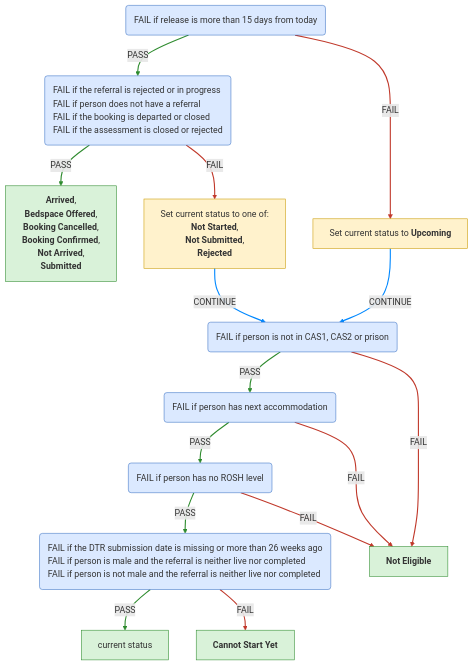
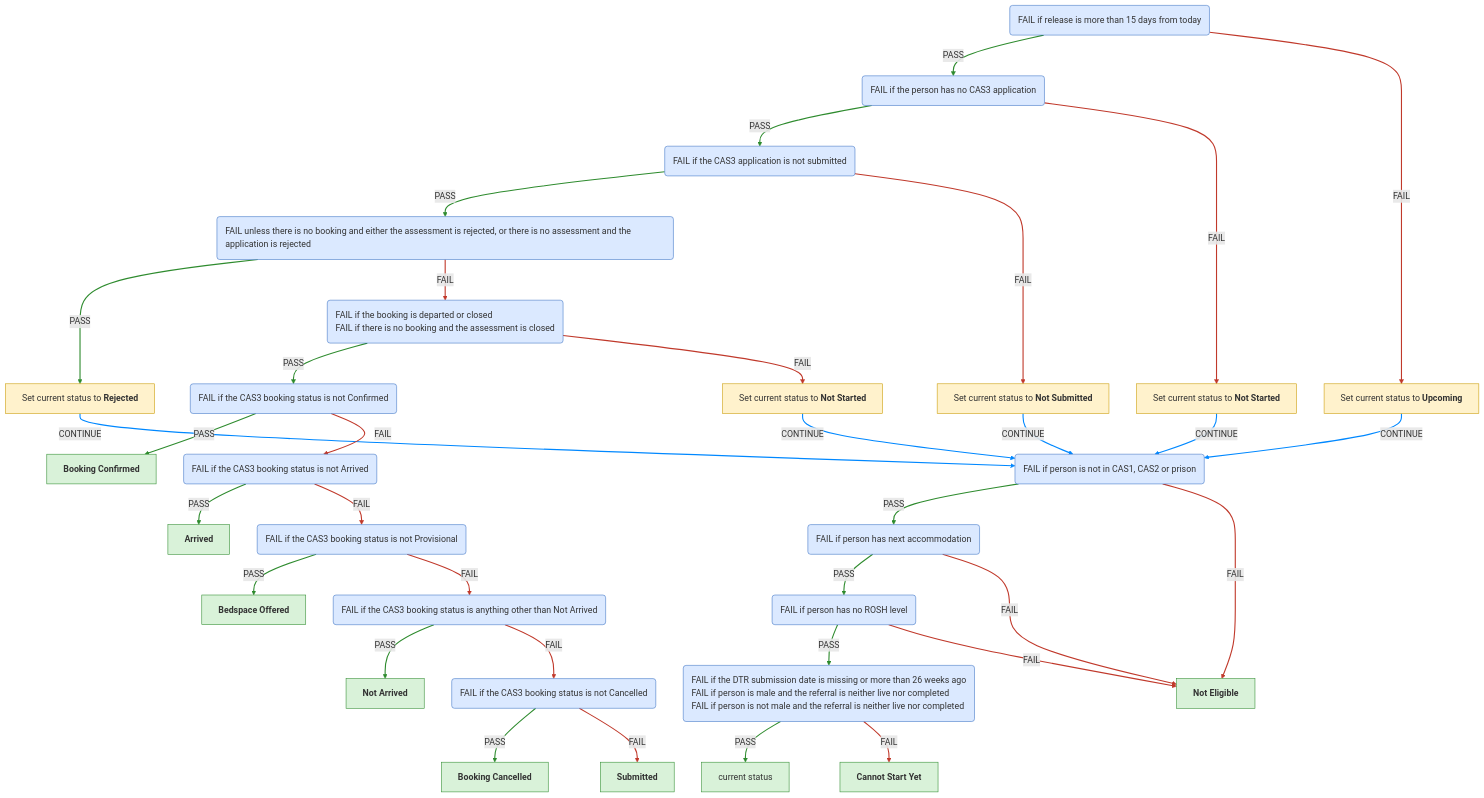
One commit to ministryofjustice/hmpps-single-accommodation-service-api changed the third of 6 diagrams in docs/eligibility-rules-graph.md. Above: the diagram before and after it, drawn with Mermaid. The commit also changed other lines of this file and 37 other files, not shown here.

Commit message:
chore/SAS-1568-Split-context-updater-statuses-CAS3

````diff
--- a/docs/eligibility-rules-graph.md
+++ b/docs/eligibility-rules-graph.md
@@ -450,52 +450,77 @@
 ```mermaid
 %%{init: {"flowchart": {"wrappingWidth": 800}}}%%
 flowchart TD
   Release_Within_15_Days("<div style='text-align:left'>FAIL if release is more than 15 days from today</div>")
-  CAS3_Referral("<div style='text-align:left'>FAIL if the referral is rejected or in progress
-FAIL if person does not have a referral
-FAIL if the booking is departed or closed
-FAIL if the assessment is closed or rejected</div>")
-  outcome_Cas3ActiveContextUpdater["<b>Arrived</b>,
- <b>Bedspace Offered</b>,
- <b>Booking Cancelled</b>,
- <b>Booking Confirmed</b>,
- <b>Not Arrived</b>,
- <b>Submitted</b>"]
+  PASS_if_a_CAS3_application_exists("<div style='text-align:left'>FAIL if the person has no CAS3 application</div>")
+  PASS_if_the_CAS3_application_is_submitted("<div style='text-align:left'>FAIL if the CAS3 application is not submitted</div>")
+  PASS_if_there_is_no_booking_and_the_assessment_or_application_is_rejected("<div style='text-align:left'>FAIL unless there is no booking and either the assessment is rejected, or there is no assessment and the application is rejected</div>")
   Current_Accommodation_Eligible_For_CAS3("<div style='text-align:left'>FAIL if person is not in CAS1, CAS2 or prison</div>")
   No_Next_Accommodation("<div style='text-align:left'>FAIL if person has next accommodation</div>")
   ROSH_Eligible("<div style='text-align:left'>FAIL if person has no ROSH level</div>")
-  Prerequisite("<div style='text-align:left'>FAIL if the DTR submission date is missing or more than 26 weeks ago
+  PASS_if_the_DTR_is_in_date_and_the_CRS_referral_is_live_or_completed("<div style='text-align:left'>FAIL if the DTR submission date is missing or more than 26 weeks ago
 FAIL if person is male and the referral is neither live nor completed
 FAIL if person is not male and the referral is neither live nor completed</div>")
   confirmed["current status"]
   outcome_Cas3CannotStartContextUpdater["<b>Cannot Start Yet</b>"]
   CAS3_NOT_ELIGIBLE["<b>Not Eligible</b>"]
-  updater_Cas3StartContextUpdater_Current_Accommodation_Eligible_For_CAS3["Set current status to one of:
-<b>Not Started</b>,
- <b>Not Submitted</b>,
- <b>Rejected</b>"]
+  updater_Cas3RejectedContextUpdater_Current_Accommodation_Eligible_For_CAS3["Set current status to <b>Rejected</b>"]
+  PASS_if_the_booking_is_not_departed_or_closed__and_the_assessment_is_not_closed__when_there_is_no_booking_("<div style='text-align:left'>FAIL if the booking is departed or closed
+FAIL if there is no booking and the assessment is closed</div>")
+  PASS_if_the_CAS3_booking_status_is_Confirmed("<div style='text-align:left'>FAIL if the CAS3 booking status is not Confirmed</div>")
+  CAS3_BOOKING_CONFIRMED["<b>Booking Confirmed</b>"]
+  PASS_if_the_CAS3_booking_status_is_Arrived("<div style='text-align:left'>FAIL if the CAS3 booking status is not Arrived</div>")
+  CAS3_ARRIVED["<b>Arrived</b>"]
+  PASS_if_the_CAS3_booking_status_is_Provisional("<div style='text-align:left'>FAIL if the CAS3 booking status is not Provisional</div>")
+  CAS3_BEDSPACE_OFFERED["<b>Bedspace Offered</b>"]
+  PASS_if_the_CAS3_booking_status_is_Not_Arrived("<div style='text-align:left'>FAIL if the CAS3 booking status is anything other than Not Arrived</div>")
+  CAS3_NOT_ARRIVED["<b>Not Arrived</b>"]
+  PASS_if_the_CAS3_booking_status_is_Cancelled("<div style='text-align:left'>FAIL if the CAS3 booking status is not Cancelled</div>")
+  CAS3_BOOKING_CANCELLED["<b>Booking Cancelled</b>"]
+  CAS3_SUBMITTED["<b>Submitted</b>"]
+  updater_Cas3NotStartedNewContextUpdater_Current_Accommodation_Eligible_For_CAS3["Set current status to <b>Not Started</b>"]
+  updater_Cas3NotSubmittedContextUpdater_Current_Accommodation_Eligible_For_CAS3["Set current status to <b>Not Submitted</b>"]
+  updater_Cas3NotStartedContextUpdater_Current_Accommodation_Eligible_For_CAS3["Set current status to <b>Not Started</b>"]
   updater_Cas3UpcomingContextUpdater_Current_Accommodation_Eligible_For_CAS3["Set current status to <b>Upcoming</b>"]
-  CAS3_Referral -->|PASS| outcome_Cas3ActiveContextUpdater
-  Prerequisite -->|PASS| confirmed
-  Prerequisite -->|FAIL| outcome_Cas3CannotStartContextUpdater
-  ROSH_Eligible -->|PASS| Prerequisite
+  PASS_if_the_DTR_is_in_date_and_the_CRS_referral_is_live_or_completed -->|PASS| confirmed
+  PASS_if_the_DTR_is_in_date_and_the_CRS_referral_is_live_or_completed -->|FAIL| outcome_Cas3CannotStartContextUpdater
+  ROSH_Eligible -->|PASS| PASS_if_the_DTR_is_in_date_and_the_CRS_referral_is_live_or_completed
   ROSH_Eligible -->|FAIL| CAS3_NOT_ELIGIBLE
   No_Next_Accommodation -->|PASS| ROSH_Eligible
   No_Next_Accommodation -->|FAIL| CAS3_NOT_ELIGIBLE
   Current_Accommodation_Eligible_For_CAS3 -->|PASS| No_Next_Accommodation
   Current_Accommodation_Eligible_For_CAS3 -->|FAIL| CAS3_NOT_ELIGIBLE
-  CAS3_Referral -->|FAIL| updater_Cas3StartContextUpdater_Current_Accommodation_Eligible_For_CAS3
-  updater_Cas3StartContextUpdater_Current_Accommodation_Eligible_For_CAS3 -->|CONTINUE| Current_Accommodation_Eligible_For_CAS3
-  Release_Within_15_Days -->|PASS| CAS3_Referral
+  PASS_if_there_is_no_booking_and_the_assessment_or_application_is_rejected -->|PASS| updater_Cas3RejectedContextUpdater_Current_Accommodation_Eligible_For_CAS3
+  updater_Cas3RejectedContextUpdater_Current_Accommodation_Eligible_For_CAS3 -->|CONTINUE| Current_Accommodation_Eligible_For_CAS3
+  PASS_if_the_CAS3_booking_status_is_Confirmed -->|PASS| CAS3_BOOKING_CONFIRMED
+  PASS_if_the_CAS3_booking_status_is_Arrived -->|PASS| CAS3_ARRIVED
+  PASS_if_the_CAS3_booking_status_is_Provisional -->|PASS| CAS3_BEDSPACE_OFFERED
+  PASS_if_the_CAS3_booking_status_is_Not_Arrived -->|PASS| CAS3_NOT_ARRIVED
+  PASS_if_the_CAS3_booking_status_is_Cancelled -->|PASS| CAS3_BOOKING_CANCELLED
+  PASS_if_the_CAS3_booking_status_is_Cancelled -->|FAIL| CAS3_SUBMITTED
+  PASS_if_the_CAS3_booking_status_is_Not_Arrived -->|FAIL| PASS_if_the_CAS3_booking_status_is_Cancelled
+  PASS_if_the_CAS3_booking_status_is_Provisional -->|FAIL| PASS_if_the_CAS3_booking_status_is_Not_Arrived
+  PASS_if_the_CAS3_booking_status_is_Arrived -->|FAIL| PASS_if_the_CAS3_booking_status_is_Provisional
+  PASS_if_the_CAS3_booking_status_is_Confirmed -->|FAIL| PASS_if_the_CAS3_booking_status_is_Arrived
+  PASS_if_the_booking_is_not_departed_or_closed__and_the_assessment_is_not_closed__when_there_is_no_booking_ -->|PASS| PASS_if_the_CAS3_booking_status_is_Confirmed
+  PASS_if_the_booking_is_not_departed_or_closed__and_the_assessment_is_not_closed__when_there_is_no_booking_ -->|FAIL| updater_Cas3NotStartedNewContextUpdater_Current_Accommodation_Eligible_For_CAS3
+  updater_Cas3NotStartedNewContextUpdater_Current_Accommodation_Eligible_For_CAS3 -->|CONTINUE| Current_Accommodation_Eligible_For_CAS3
+  PASS_if_there_is_no_booking_and_the_assessment_or_application_is_rejected -->|FAIL| PASS_if_the_booking_is_not_departed_or_closed__and_the_assessment_is_not_closed__when_there_is_no_booking_
+  PASS_if_the_CAS3_application_is_submitted -->|PASS| PASS_if_there_is_no_booking_and_the_assessment_or_application_is_rejected
+  PASS_if_the_CAS3_application_is_submitted -->|FAIL| updater_Cas3NotSubmittedContextUpdater_Current_Accommodation_Eligible_For_CAS3
+  updater_Cas3NotSubmittedContextUpdater_Current_Accommodation_Eligible_For_CAS3 -->|CONTINUE| Current_Accommodation_Eligible_For_CAS3
+  PASS_if_a_CAS3_application_exists -->|PASS| PASS_if_the_CAS3_application_is_submitted
+  PASS_if_a_CAS3_application_exists -->|FAIL| updater_Cas3NotStartedContextUpdater_Current_Accommodation_Eligible_For_CAS3
+  updater_Cas3NotStartedContextUpdater_Current_Accommodation_Eligible_For_CAS3 -->|CONTINUE| Current_Accommodation_Eligible_For_CAS3
+  Release_Within_15_Days -->|PASS| PASS_if_a_CAS3_application_exists
   Release_Within_15_Days -->|FAIL| updater_Cas3UpcomingContextUpdater_Current_Accommodation_Eligible_For_CAS3
   updater_Cas3UpcomingContextUpdater_Current_Accommodation_Eligible_For_CAS3 -->|CONTINUE| Current_Accommodation_Eligible_For_CAS3
-  linkStyle 0,1,3,5,7,11 stroke:#2e8b2e,stroke-width:2px
-  linkStyle 2,4,6,8,9,12 stroke:#c0392b,stroke-width:2px
-  linkStyle 10,13 stroke:#0088ff,stroke-width:2px
+  linkStyle 0,2,4,6,8,10,11,12,13,14,20,24,27,30 stroke:#2e8b2e,stroke-width:2px
+  linkStyle 1,3,5,7,15,16,17,18,19,21,23,25,28,31 stroke:#c0392b,stroke-width:2px
+  linkStyle 9,22,26,29,32 stroke:#0088ff,stroke-width:2px
   classDef ruleSetNode fill:#dbe9ff,stroke:#3b73c4,color:#333
   classDef outcomeNode fill:#d9f2d9,stroke:#2e8b2e,color:#333
   classDef updaterNode fill:#fff2cc,stroke:#c99a00,color:#333
-  class Release_Within_15_Days,CAS3_Referral,Current_Accommodation_Eligible_For_CAS3,No_Next_Accommodation,ROSH_Eligible,Prerequisite ruleSetNode
-  class outcome_Cas3ActiveContextUpdater,confirmed,outcome_Cas3CannotStartContextUpdater,CAS3_NOT_ELIGIBLE outcomeNode
-  class updater_Cas3StartContextUpdater_Current_Accommodation_Eligible_For_CAS3,updater_Cas3UpcomingContextUpdater_Current_Accommodation_Eligible_For_CAS3 updaterNode
+  class Release_Within_15_Days,PASS_if_a_CAS3_application_exists,PASS_if_the_CAS3_application_is_submitted,PASS_if_there_is_no_booking_and_the_assessment_or_application_is_rejected,Current_Accommodation_Eligible_For_CAS3,No_Next_Accommodation,ROSH_Eligible,PASS_if_the_DTR_is_in_date_and_the_CRS_referral_is_live_or_completed,PASS_if_the_booking_is_not_departed_or_closed__and_the_assessment_is_not_closed__when_there_is_no_booking_,PASS_if_the_CAS3_booking_status_is_Confirmed,PASS_if_the_CAS3_booking_status_is_Arrived,PASS_if_the_CAS3_booking_status_is_Provisional,PASS_if_the_CAS3_booking_status_is_Not_Arrived,PASS_if_the_CAS3_booking_status_is_Cancelled ruleSetNode
+  class confirmed,outcome_Cas3CannotStartContextUpdater,CAS3_NOT_ELIGIBLE,CAS3_BOOKING_CONFIRMED,CAS3_ARRIVED,CAS3_BEDSPACE_OFFERED,CAS3_NOT_ARRIVED,CAS3_BOOKING_CANCELLED,CAS3_SUBMITTED outcomeNode
+  class updater_Cas3RejectedContextUpdater_Current_Accommodation_Eligible_For_CAS3,updater_Cas3NotStartedNewContextUpdater_Current_Accommodation_Eligible_For_CAS3,updater_Cas3NotSubmittedContextUpdater_Current_Accommodation_Eligible_For_CAS3,updater_Cas3NotStartedContextUpdater_Current_Accommodation_Eligible_For_CAS3,updater_Cas3UpcomingContextUpdater_Current_Accommodation_Eligible_For_CAS3 updaterNode
 ```
````
